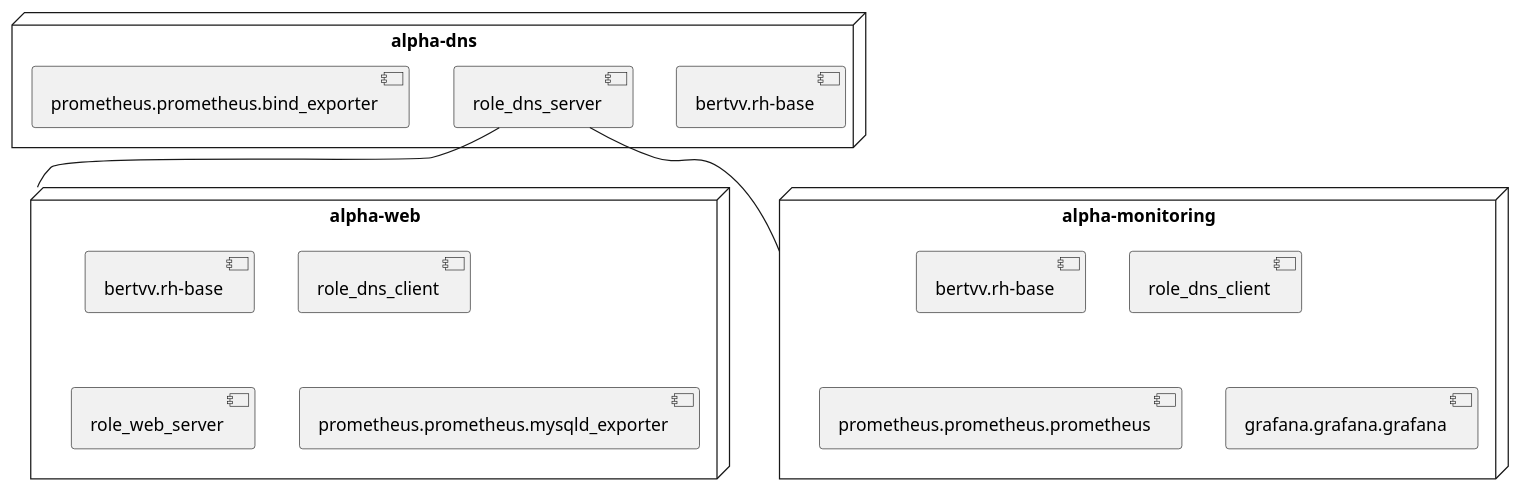
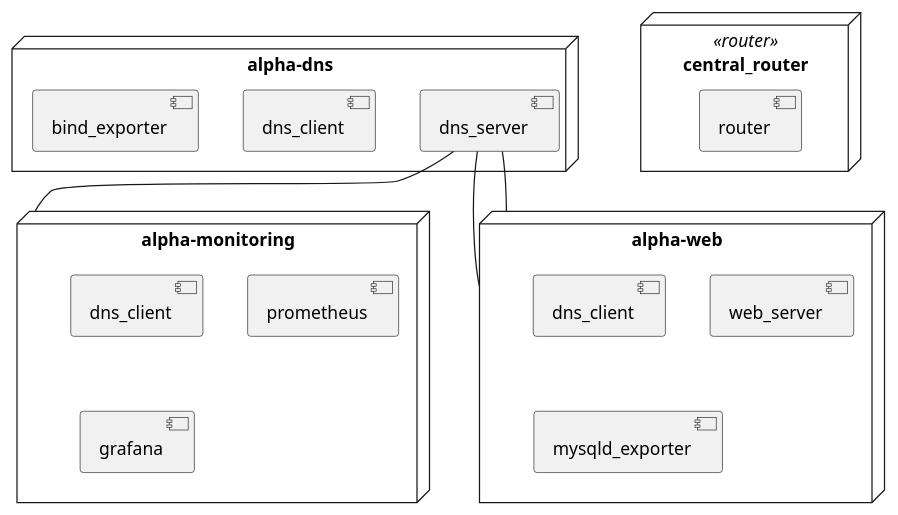
The diagram in converter/input/test_env/depdiag_test_env.puml (lucasluduenasegre/plantuml2ansible), drawn with PlantUML before and after one commit. The commit also changed 18 other files, not shown here.

```diff
--- a/converter/input/test_env/depdiag_test_env.puml
+++ b/converter/input/test_env/depdiag_test_env.puml
@@ -1,29 +1,38 @@
-@startuml nwdiag-test-env
+@startuml test_env
 ' Fix roles being reused over different nodes
+' This line makes sure that objects with the same name (nota)
 set separator /
-node "alpha-web" as alpha_web {
+
+
+' Format: node <identifier> <<<type>>> as <description>
+node central_router <<router>> as "central_router" {
+    component "router"
+}
+
+node alpha_dns as "alpha-dns" {
+    component "dns_server"
+    component "dns_client"
+    component "bind_exporter"
+}
+
+node alpha_monitoring as "alpha-monitoring" {
+    component "dns_client"
+    component "prometheus"
+    component "grafana"
+}
+
+node alpha_web as "alpha-web" {
     ' artifact "ca.cert"
     ' artifact "ca.key"
     ' artifact "db.sql"
     ' artifact "test.php"
-    component "bertvv.rh-base"
-    component "role_dns_client"
-    component "role_web_server"
-    component "prometheus.prometheus.mysqld_exporter"
-}
-node "alpha-dns" as alpha-dns {
-    component "bertvv.rh-base"
-    component "role_dns_server" as ADNS
-    component "prometheus.prometheus.bind_exporter"
-}
-node "alpha-monitoring" as AMON {
-    component "bertvv.rh-base"
-    component "role_dns_client"
-    component "prometheus.prometheus.prometheus"
-    component "grafana.grafana.grafana"
+    component "dns_client"
+    component "web_server"
+    component "mysqld_exporter"
 }
 
-ADNS -- AMON
-ADNS -- alpha_web
+dns_server -- alpha_monitoring
+dns_server -- alpha_web
+dns_server -- alpha_web
 
 @enduml
```
